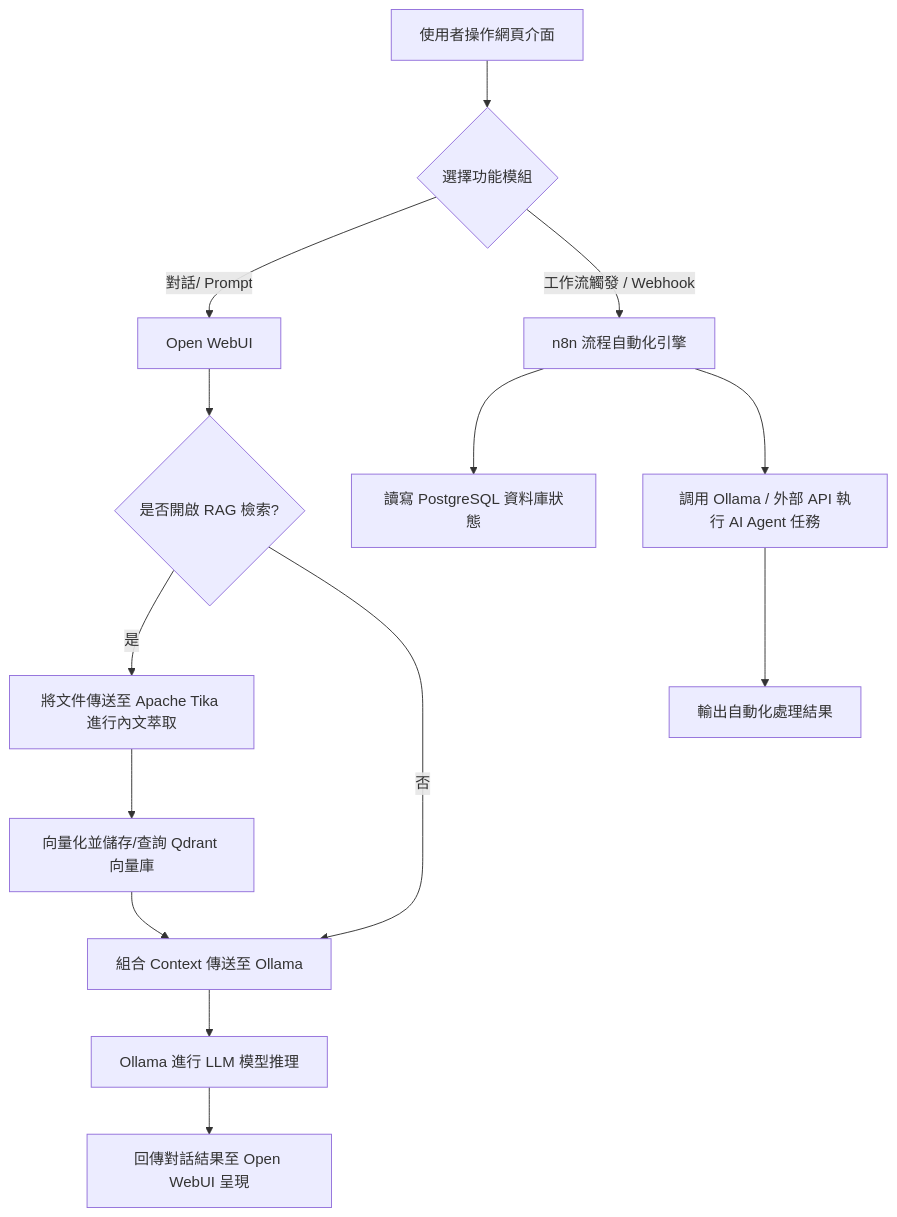
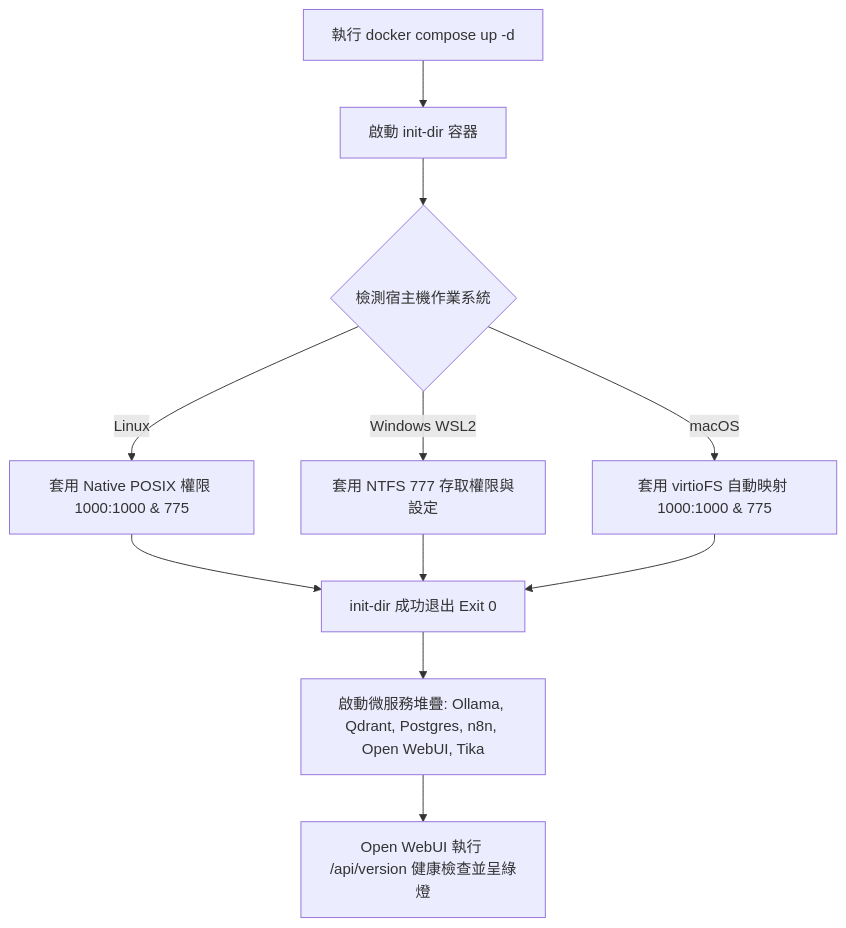
One commit to dengkai-shih/ai-tools-compose changed the second of 3 diagrams in README.md. Above: the diagram before and after it, drawn with Mermaid. The commit also changed other lines of this file and 30 other files, not shown here.

Commit message:
2026-07-20 1. 修正 n8n權限問題 2. 自動初始化目錄與權限修復服務 (init-dir)，加入可自動判斷不同作業系統進行不同修復 3. 在不變更原檔案說明架構的基礎上，依據上述的對話內容與專案現況修改<reademe>、<task_log>、<skill>資訊

````diff
--- a/README.md
+++ b/README.md
@@ -79,20 +88,13 @@
 ```mermaid
 flowchart TD
-    A[使用者操作網頁介面] --> B{選擇功能模組}
-    
-    %% 對話流程
-    B -->|對話/ Prompt| C[Open WebUI]
-    C --> D{是否開啟 RAG 檢索?}
-    D -->|是| E[將文件傳送至 Apache Tika 進行內文萃取]
-    E --> F[向量化並儲存/查詢 Qdrant 向量庫]
-    F --> G[組合 Context 傳送至 Ollama]
-    D -->|否| G
-    G --> H[Ollama 進行 LLM 模型推理]
-    H --> I[回傳對話結果至 Open WebUI 呈現]
-
-    %% 工作流自動化流程
-    B -->|工作流觸發 / Webhook| J[n8n 流程自動化引擎]
-    J --> K[讀寫 PostgreSQL 資料庫狀態]
-    J --> L[調用 Ollama / 外部 API 執行 AI Agent 任務]
-    L --> M[輸出自動化處理結果]
+    Start[執行 docker compose up -d] --> A[啟動 init-dir 容器]
+    A --> B{檢測宿主機作業系統}
+    B -->|Linux| C[套用 Native POSIX 權限 1000:1000 & 775]
+    B -->|Windows WSL2| D[套用 NTFS 777 存取權限與設定]
+    B -->|macOS| E[套用 virtioFS 自動映射 1000:1000 & 775]
+    C --> F[init-dir 成功退出 Exit 0]
+    D --> F
+    E --> F
+    F --> G[啟動微服務堆疊: Ollama, Qdrant, Postgres, n8n, Open WebUI, Tika]
+    G --> H[Open WebUI 執行 /api/version 健康檢查並呈綠燈]
 ```
````
